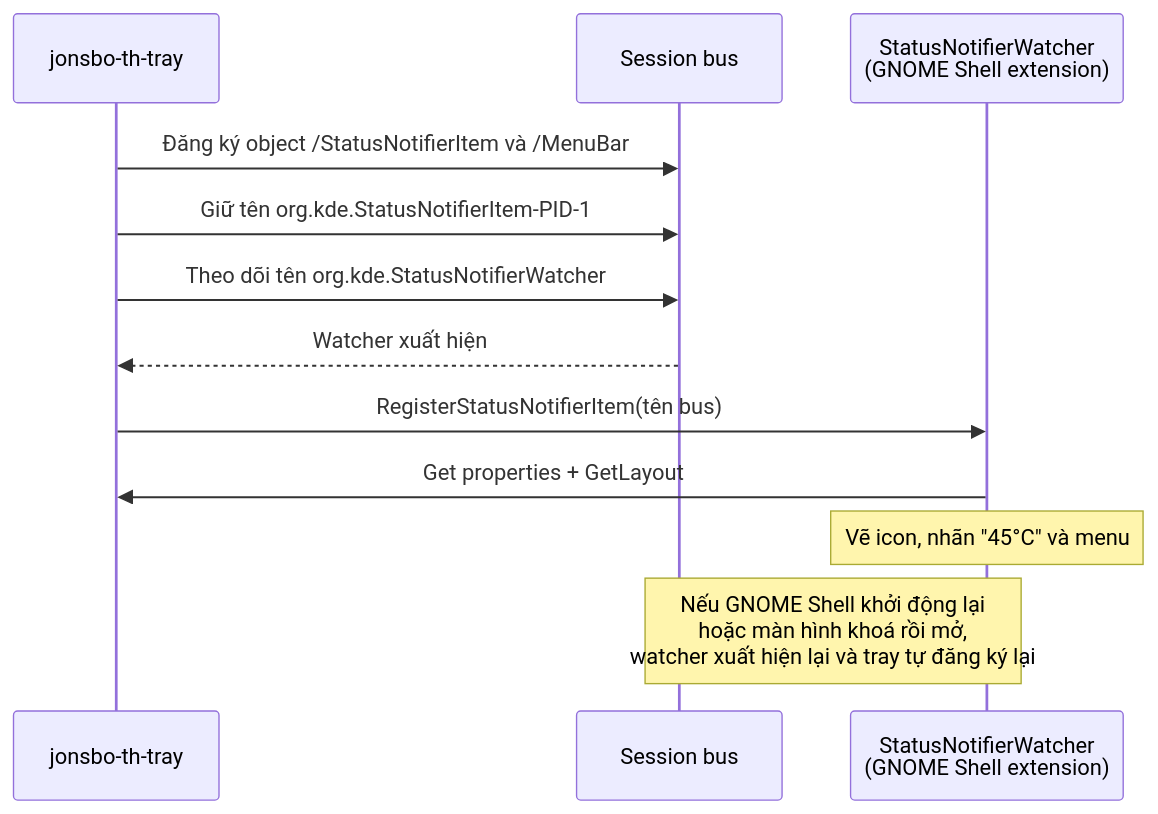
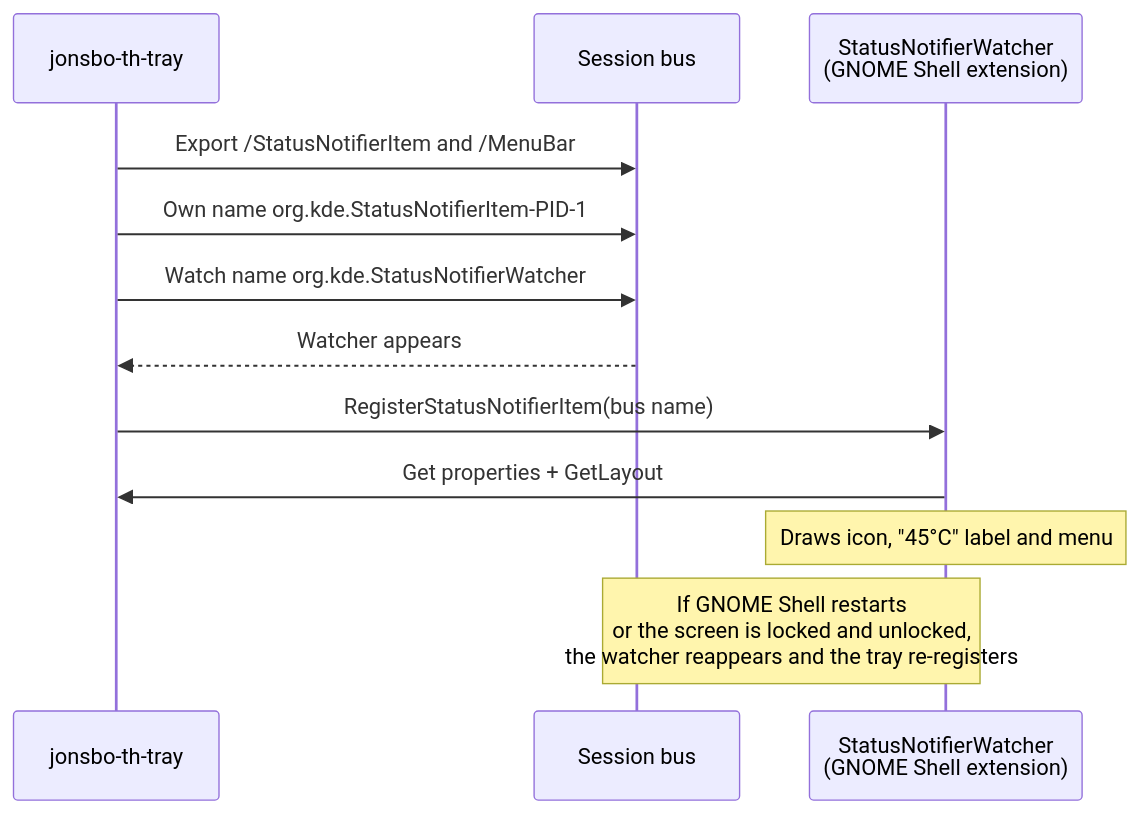
One commit to huysien/jonsbo-th-display-linux changed the fourth of 5 diagrams in docs/ARCHITECTURE.md. Above: the diagram before and after it, drawn with Mermaid. The commit also changed other lines of this file and 5 other files, not shown here.

````diff
--- a/docs/ARCHITECTURE.md
+++ b/docs/ARCHITECTURE.md
@@ -216,15 +215,15 @@
 ```mermaid
 sequenceDiagram
     participant T as jonsbo-th-tray
     participant B as Session bus
     participant W as StatusNotifierWatcher<br/>(GNOME Shell extension)
 
-    T->>B: Đăng ký object /StatusNotifierItem và /MenuBar
-    T->>B: Giữ tên org.kde.StatusNotifierItem-PID-1
-    T->>B: Theo dõi tên org.kde.StatusNotifierWatcher
-    B-->>T: Watcher xuất hiện
-    T->>W: RegisterStatusNotifierItem(tên bus)
+    T->>B: Export /StatusNotifierItem and /MenuBar
+    T->>B: Own name org.kde.StatusNotifierItem-PID-1
+    T->>B: Watch name org.kde.StatusNotifierWatcher
+    B-->>T: Watcher appears
+    T->>W: RegisterStatusNotifierItem(bus name)
     W->>T: Get properties + GetLayout
-    Note over W: Vẽ icon, nhãn "45°C" và menu
-    Note over B,W: Nếu GNOME Shell khởi động lại<br/>hoặc màn hình khoá rồi mở,<br/>watcher xuất hiện lại và tray tự đăng ký lại
+    Note over W: Draws icon, "45°C" label and menu
+    Note over B,W: If GNOME Shell restarts<br/>or the screen is locked and unlocked,<br/>the watcher reappears and the tray re-registers
 ```
````
